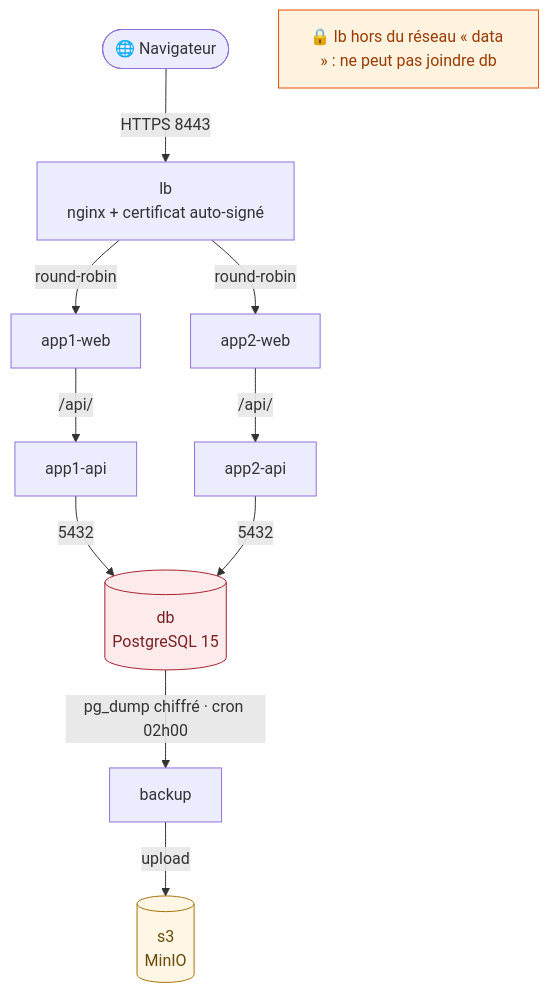
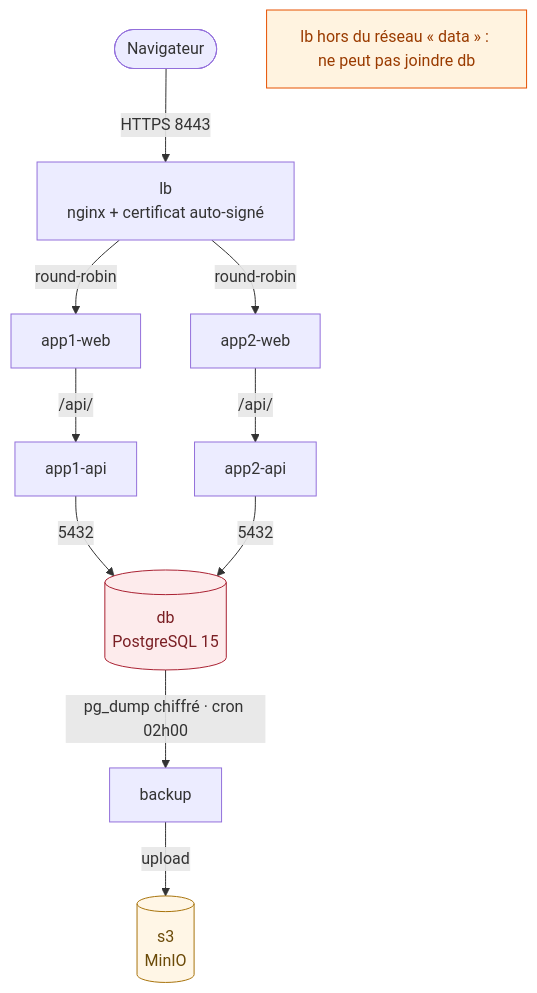
Before and after one commit to mehdibellahsene/shaka-surf-devops: the diagram in demo/README.md, drawn with Mermaid. The commit also changed other lines of this file and 14 other files, not shown here.

````diff
--- a/demo/README.md
+++ b/demo/README.md
@@ -8,19 +8,19 @@
 ```mermaid
 flowchart TD
-    USER(["🌐 Navigateur"]) -->|"HTTPS 8443"| LB["lb<br/>nginx + certificat auto-signé"]
+    USER(["Navigateur"]) -->|"HTTPS 8443"| LB["lb<br/>nginx + certificat auto-signé"]
     LB -->|"round-robin"| W1["app1-web"]
     LB -->|"round-robin"| W2["app2-web"]
     W1 -->|"/api/"| P1["app1-api"]
     W2 -->|"/api/"| P2["app2-api"]
     P1 -->|"5432"| DB[("db<br/>PostgreSQL 15")]
     P2 -->|"5432"| DB
     DB -->|"pg_dump chiffré · cron 02h00"| BK["backup"]
     BK -->|"upload"| S3[("s3<br/>MinIO")]
-    NOTE["🔒 lb hors du réseau « data » : ne peut pas joindre db"]
+    NOTE["lb hors du réseau « data » : ne peut pas joindre db"]
     classDef db fill:#fdebec,stroke:#a23,color:#7a1f24;
     classDef store fill:#fff6e6,stroke:#a8740d,color:#6b4a08;
     classDef note fill:#fff3e0,stroke:#e65100,color:#9a3b00;
     class DB db;
     class S3 store;
     class NOTE note;
 ```
````
